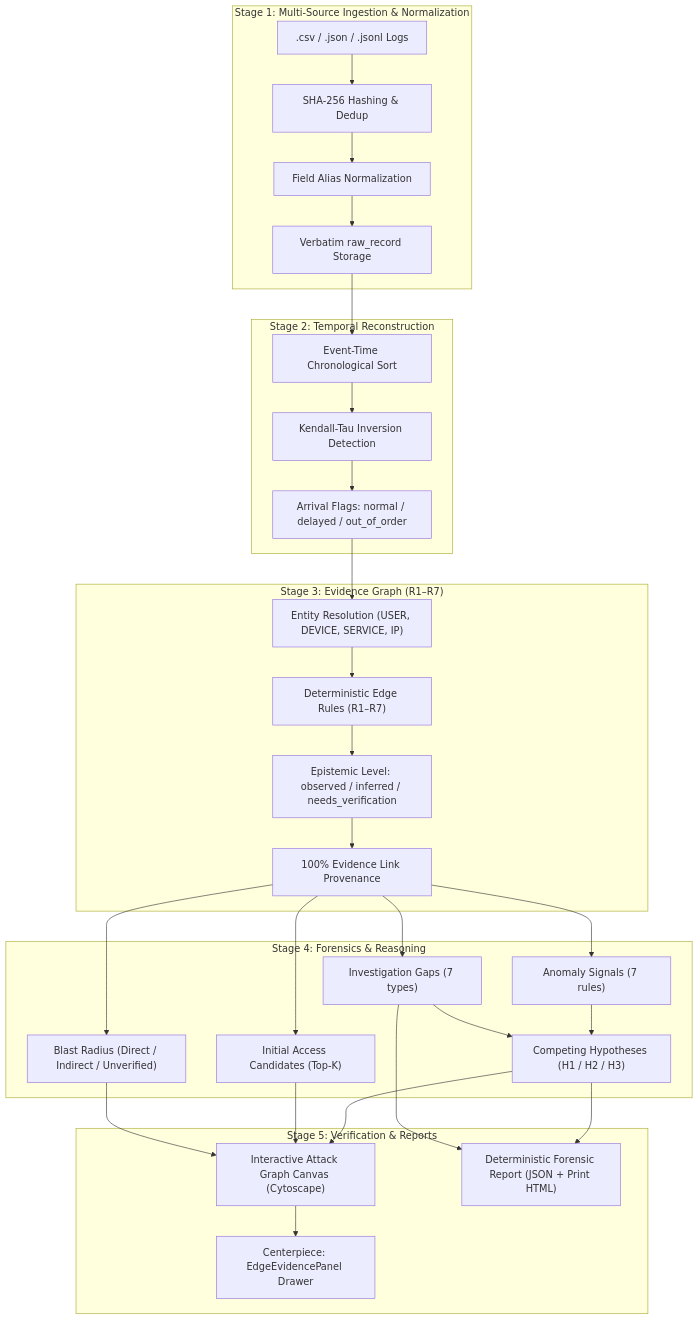
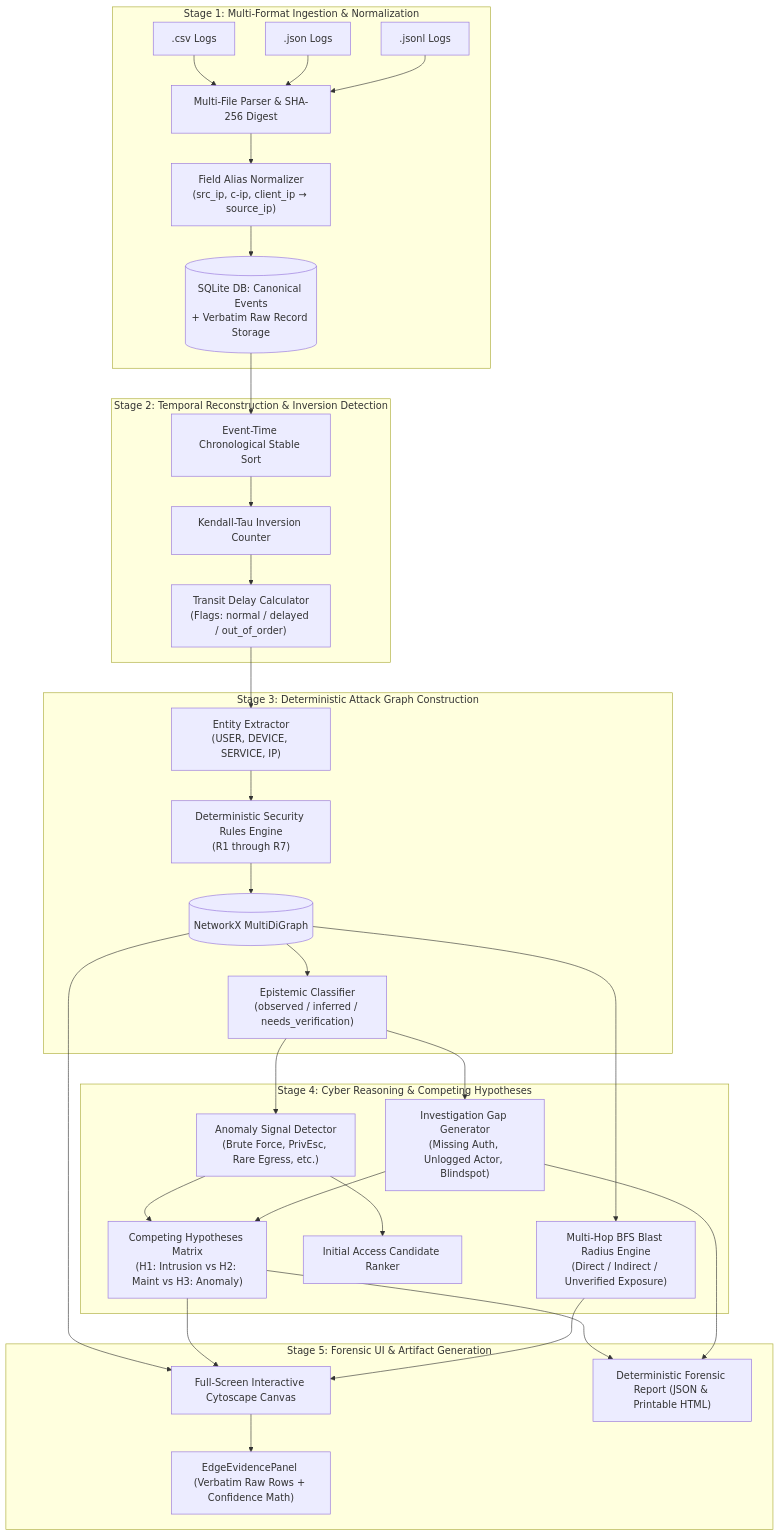
Before and after one commit to mohitaw613/Chimera: the diagram in README.md, drawn with Mermaid. The commit also changed other lines of this file and 2 other files, not shown here.

````diff
--- a/README.md
+++ b/README.md
@@ -49,35 +133,35 @@
 ```mermaid
 flowchart TD
-    subgraph Ingestion ["Stage 1: Multi-Source Ingestion & Normalization"]
-        A[".csv / .json / .jsonl Logs"] --> B["SHA-256 Hashing & Dedup"]
-        B --> C["Field Alias Normalization"]
-        C --> D["Verbatim raw_record Storage"]
+    subgraph S1 ["Stage 1: Multi-Format Ingestion & Normalization"]
+        L1[".csv Logs"] & L2[".json Logs"] & L3[".jsonl Logs"] --> INGEST["Multi-File Parser & SHA-256 Digest"]
+        INGEST --> ALIAS["Field Alias Normalizer<br/>(src_ip, c-ip, client_ip → source_ip)"]
+        ALIAS --> STORE[("SQLite DB: Canonical Events<br/>+ Verbatim Raw Record Storage")]
     end
 
-    subgraph Temporal ["Stage 2: Temporal Reconstruction"]
-        D --> E["Event-Time Chronological Sort"]
-        E --> F["Kendall-Tau Inversion Detection"]
-        F --> G["Arrival Flags: normal / delayed / out_of_order"]
+    subgraph S2 ["Stage 2: Temporal Reconstruction & Inversion Detection"]
+        STORE --> TSORT["Event-Time Chronological Stable Sort"]
+        TSORT --> KENDALL["Kendall-Tau Inversion Counter"]
+        KENDALL --> DELAY["Transit Delay Calculator<br/>(Flags: normal / delayed / out_of_order)"]
     end
 
-    subgraph GraphEngine ["Stage 3: Evidence Graph (R1–R7)"]
-        G --> H["Entity Resolution (USER, DEVICE, SERVICE, IP)"]
-        H --> I["Deterministic Edge Rules (R1–R7)"]
-        I --> J["Epistemic Level: observed / inferred / needs_verification"]
-        J --> K["100% Evidence Link Provenance"]
+    subgraph S3 ["Stage 3: Deterministic Attack Graph Construction"]
+        DELAY --> ENTITIES["Entity Extractor<br/>(USER, DEVICE, SERVICE, IP)"]
+        ENTITIES --> RULES["Deterministic Security Rules Engine<br/>(R1 through R7)"]
+        RULES --> GRAPH[("NetworkX MultiDiGraph")]
+        GRAPH --> EPISTEMIC["Epistemic Classifier<br/>(observed / inferred / needs_verification)"]
     end
 
-    subgraph Reasoning ["Stage 4: Forensics & Reasoning"]
-        K --> L["Anomaly Signals (7 rules)"]
-        K --> M["Investigation Gaps (7 types)"]
-        L & M --> N["Competing Hypotheses (H1 / H2 / H3)"]
-        K --> O["Initial Access Candidates (Top-K)"]
-        K --> P["Blast Radius (Direct / Indirect / Unverified)"]
+    subgraph S4 ["Stage 4: Cyber Reasoning & Competing Hypotheses"]
+        EPISTEMIC --> SIGNALS["Anomaly Signal Detector<br/>(Brute Force, PrivEsc, Rare Egress, etc.)"]
+        EPISTEMIC --> GAPS["Investigation Gap Generator<br/>(Missing Auth, Unlogged Actor, Blindspot)"]
+        SIGNALS & GAPS --> HYP["Competing Hypotheses Matrix<br/>(H1: Intrusion vs H2: Maint vs H3: Anomaly)"]
+        SIGNALS --> ACCESS["Initial Access Candidate Ranker"]
+        GRAPH --> BLAST["Multi-Hop BFS Blast Radius Engine<br/>(Direct / Indirect / Unverified Exposure)"]
     end
 
-    subgraph Output ["Stage 5: Verification & Reports"]
-        N & O & P --> Q["Interactive Attack Graph Canvas (Cytoscape)"]
-        Q --> R["Centerpiece: EdgeEvidencePanel Drawer"]
-        N & M --> S["Deterministic Forensic Report (JSON + Print HTML)"]
+    subgraph S5 ["Stage 5: Forensic UI & Artifact Generation"]
+        GRAPH & HYP & BLAST --> UI["Full-Screen Interactive Cytoscape Canvas"]
+        UI --> DRAWER["EdgeEvidencePanel (Verbatim Raw Rows + Confidence Math)"]
+        HYP & GAPS --> REPORT["Deterministic Forensic Report (JSON & Printable HTML)"]
     end
 ```
````
